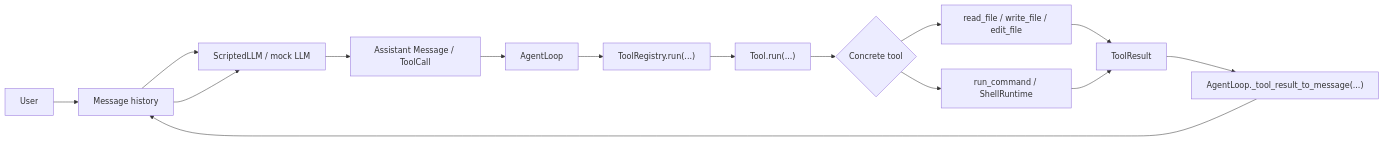
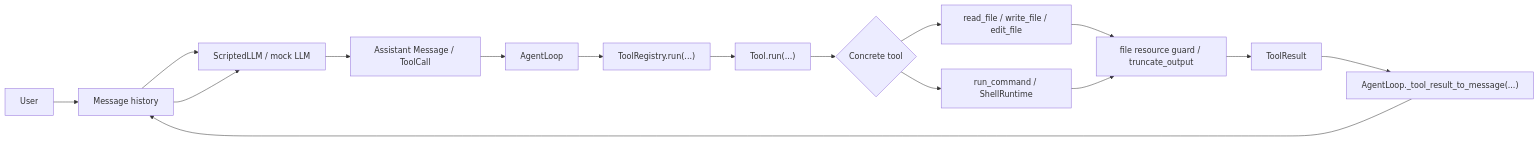
The first of 13 diagrams in docs/12_IMPLEMENTED_ARCHITECTURE_AND_INDUSTRIAL_GAPS.md (nanhanq1/personal-coding-assistant), drawn with Mermaid before and after one commit. The commit also changed other lines of this file and 16 other files, not shown here.

````diff
--- a/docs/12_IMPLEMENTED_ARCHITECTURE_AND_INDUSTRIAL_GAPS.md
+++ b/docs/12_IMPLEMENTED_ARCHITECTURE_AND_INDUSTRIAL_GAPS.md
@@ -68,17 +73,18 @@
 ```mermaid
 flowchart LR
     A["User"] --> B["Message history"]
     B --> C["ScriptedLLM / mock LLM"]
     C --> D["Assistant Message / ToolCall"]
     D --> E["AgentLoop"]
     E --> F["ToolRegistry.run(...)"]
     F --> G["Tool.run(...)"]
     G --> H{"Concrete tool"}
     H --> I["read_file / write_file / edit_file"]
     H --> J["run_command / ShellRuntime"]
-    I --> K["ToolResult"]
+    I --> K["file resource guard / truncate_output"]
     J --> K
-    K --> L["AgentLoop._tool_result_to_message(...)"]
-    L --> B
+    K --> L["ToolResult"]
+    L --> M["AgentLoop._tool_result_to_message(...)"]
+    M --> B
     B --> C
 ```
````
